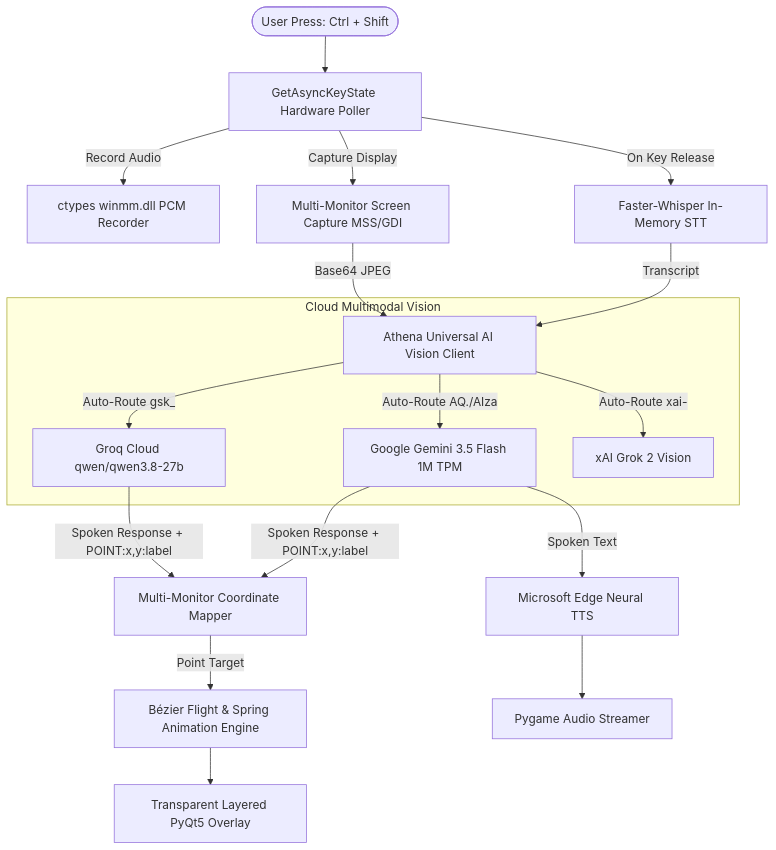
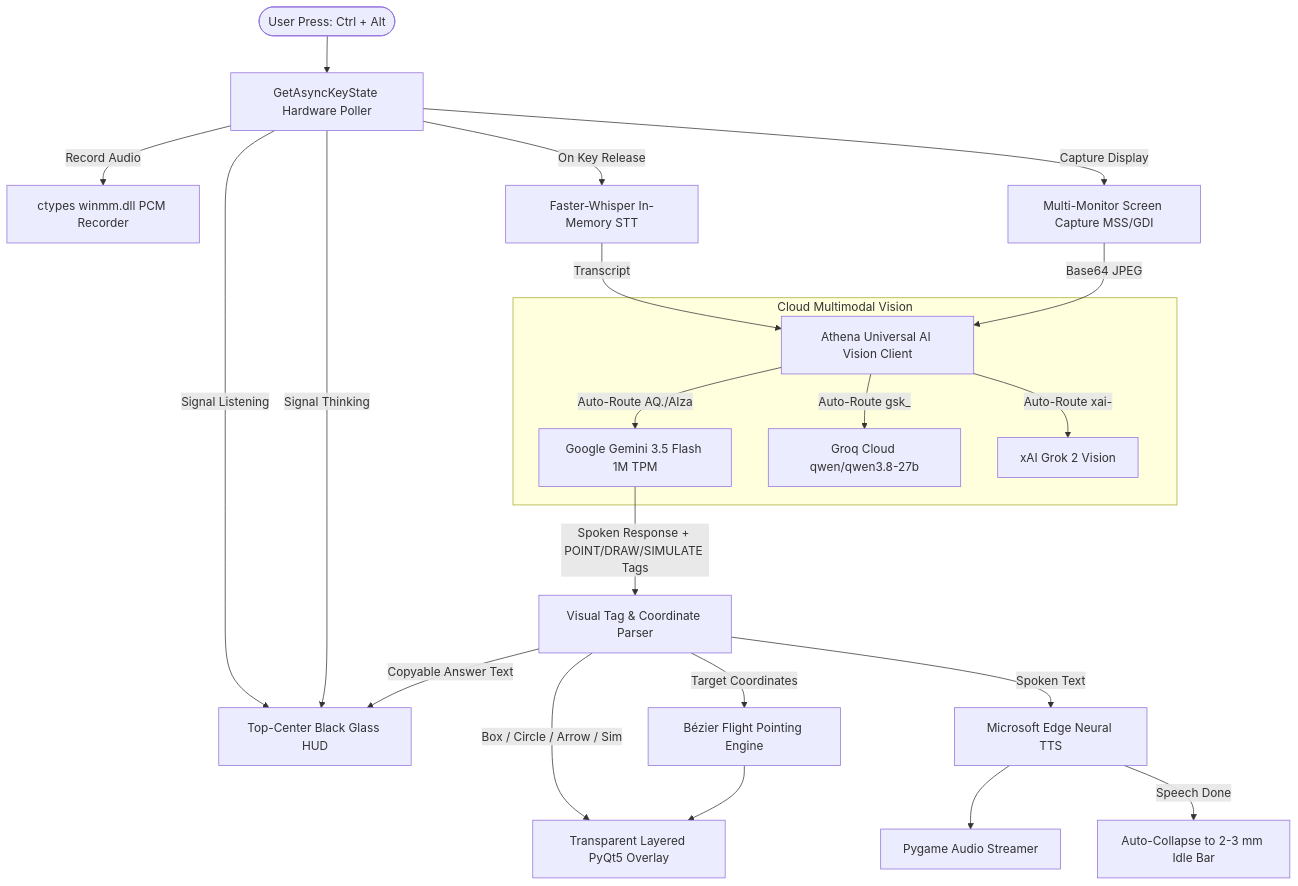
Before and after one commit to Charukhesh/spidy: the diagram in README.md, drawn with Mermaid. The commit also changed other lines of this file and 6 other files, not shown here.

Commit message:
Implement thinking bar auto-collapse, visual drawing engine, and sub-pixel pointing accuracy

````diff
--- a/README.md
+++ b/README.md
@@ -39,25 +43,29 @@
 ```mermaid
 flowchart TD
-    User([User Press: Ctrl + Shift]) --> Hotkey[GetAsyncKeyState Hardware Poller]
+    User([User Press: Ctrl + Alt]) --> Hotkey[GetAsyncKeyState Hardware Poller]
     Hotkey -->|Record Audio| Rec[ctypes winmm.dll PCM Recorder]
+    Hotkey -->|Signal Listening| HUD[Top-Center Black Glass HUD]
     Hotkey -->|On Key Release| STT[Faster-Whisper In-Memory STT]
     Hotkey -->|Capture Display| Screen[Multi-Monitor Screen Capture MSS/GDI]
+    Hotkey -->|Signal Thinking| HUD
     
     STT -->|Transcript| AI[Athena Universal AI Vision Client]
     Screen -->|Base64 JPEG| AI
     
     subgraph Cloud Multimodal Vision
         AI -->|Auto-Route AQ./AIza| Gemini[Google Gemini 3.5 Flash 1M TPM]
         AI -->|Auto-Route gsk_| Groq[Groq Cloud qwen/qwen3.8-27b]
         AI -->|Auto-Route xai-| Grok[xAI Grok 2 Vision]
     end
     
-    Gemini -->|Spoken Response + POINT:x,y:label| Coord[Multi-Monitor Coordinate Mapper]
-    Groq -->|Spoken Response + POINT:x,y:label| Coord
+    Gemini -->|Spoken Response + POINT/DRAW/SIMULATE Tags| Parser[Visual Tag & Coordinate Parser]
     
-    Coord -->|Point Target| Flight[Bézier Flight & Spring Animation Engine]
-    Flight --> Overlay[Transparent Layered PyQt5 Overlay]
+    Parser -->|Copyable Answer Text| HUD
+    Parser -->|Box / Circle / Arrow / Sim| Overlay[Transparent Layered PyQt5 Overlay]
+    Parser -->|Target Coordinates| Flight[Bézier Flight Pointing Engine]
+    Flight --> Overlay
     
-    Gemini -->|Spoken Text| TTS[Microsoft Edge Neural TTS]
+    Parser -->|Spoken Text| TTS[Microsoft Edge Neural TTS]
     TTS --> Audio[Pygame Audio Streamer]
+    TTS -->|Speech Done| HUDCollapse[Auto-Collapse to 2-3 mm Idle Bar]
 ```
````
